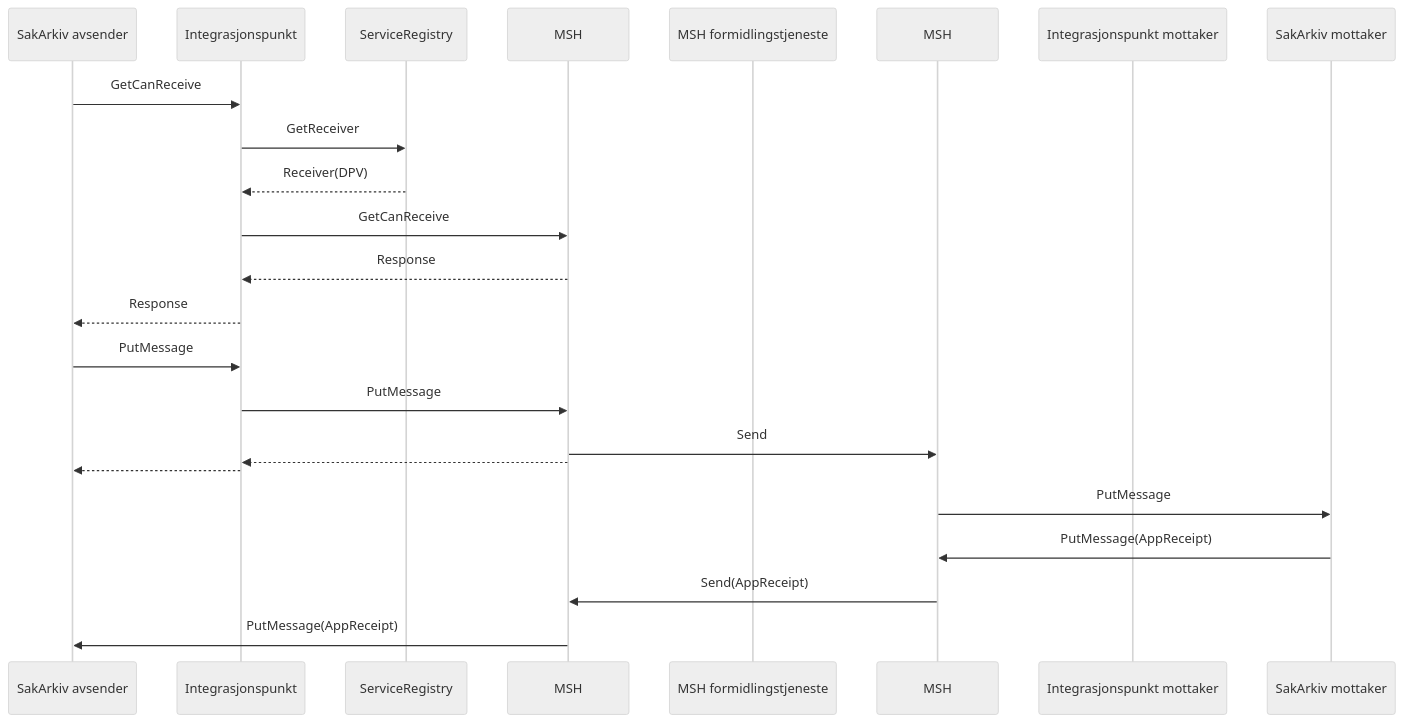
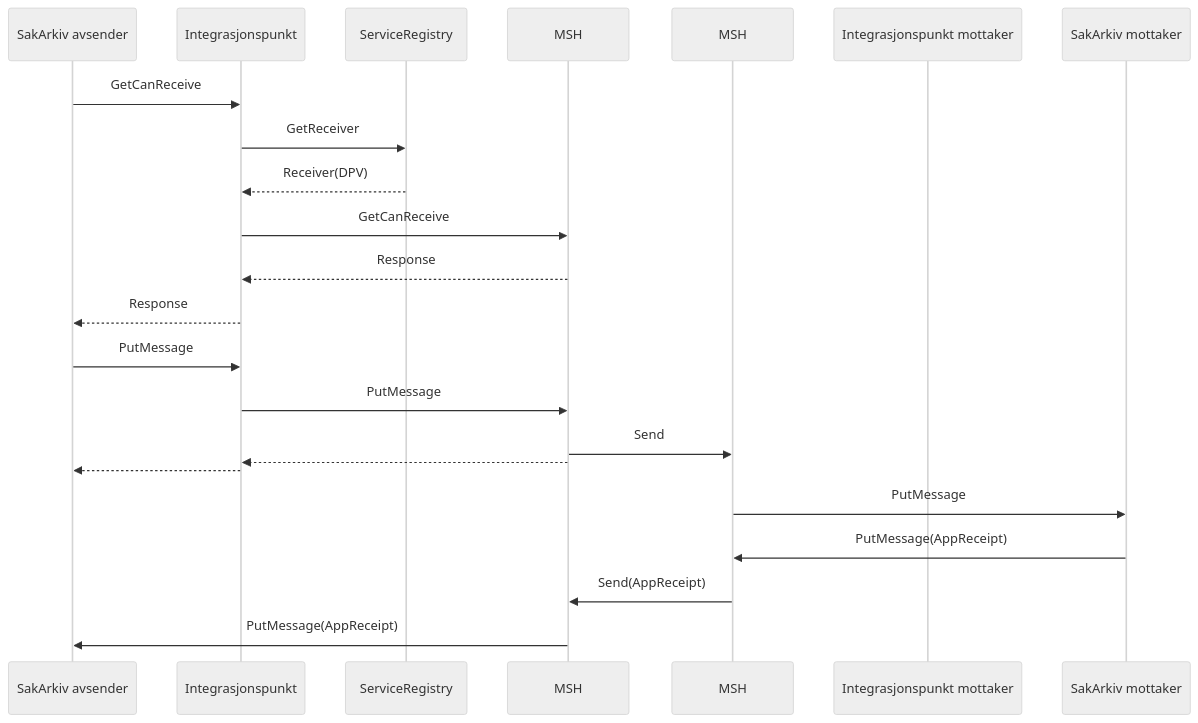
Before and after one commit to difi/eformidling: the second of 6 diagrams in pages/Integrasjonspunktet/messagetypes.md, drawn with Mermaid (neutral theme).

Commit message:
gjort noe

```diff
--- a/pages/Integrasjonspunktet/messagetypes.md
+++ b/pages/Integrasjonspunktet/messagetypes.md
@@ -65,27 +65,26 @@
 <div class="mermaid">
 sequenceDiagram
     participant saa as SakArkiv avsender
     participant ipa as Integrasjonspunkt 
     participant sr as ServiceRegistry
     participant msh as MSH
-    participant mf  as MSH formidlingstjeneste
     participant mshm as MSH
     participant ipm as Integrasjonspunkt mottaker
     participant sam as SakArkiv mottaker
 
     saa->>ipa: GetCanReceive
     ipa->>sr: GetReceiver
     sr-->>ipa: Receiver(DPV)
     ipa->>msh: GetCanReceive    
     msh-->>ipa: Response
     ipa-->>saa: Response    
     saa->>ipa: PutMessage
     ipa->>msh: PutMessage 
     msh->>mshm: Send
     msh-->>ipa: 
     ipa-->>saa: 
     mshm->>sam: PutMessage
     sam->>mshm: PutMessage(AppReceipt)
     mshm->>msh: Send(AppReceipt)
     msh->>saa: PutMessage(AppReceipt)
 </div>
```
